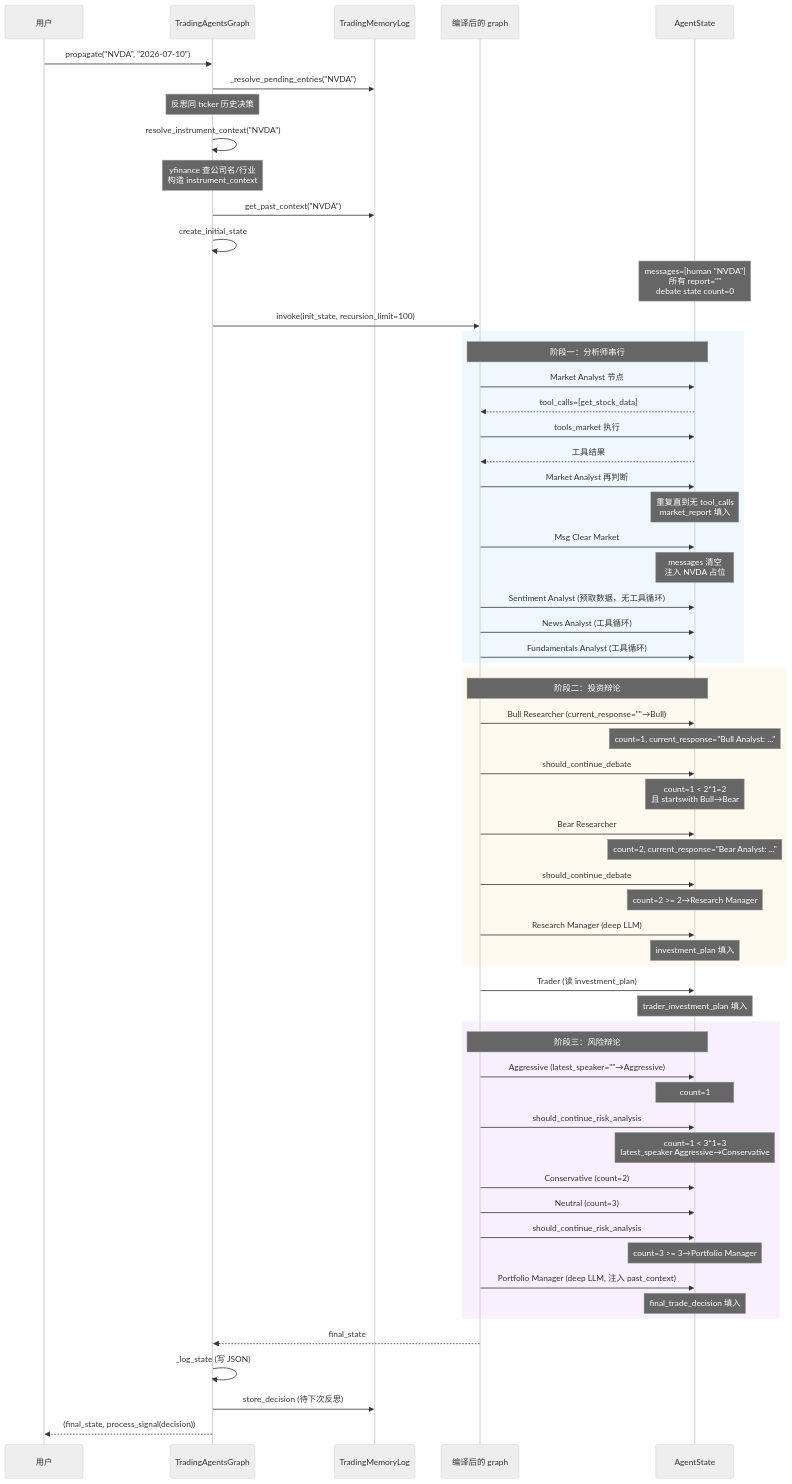
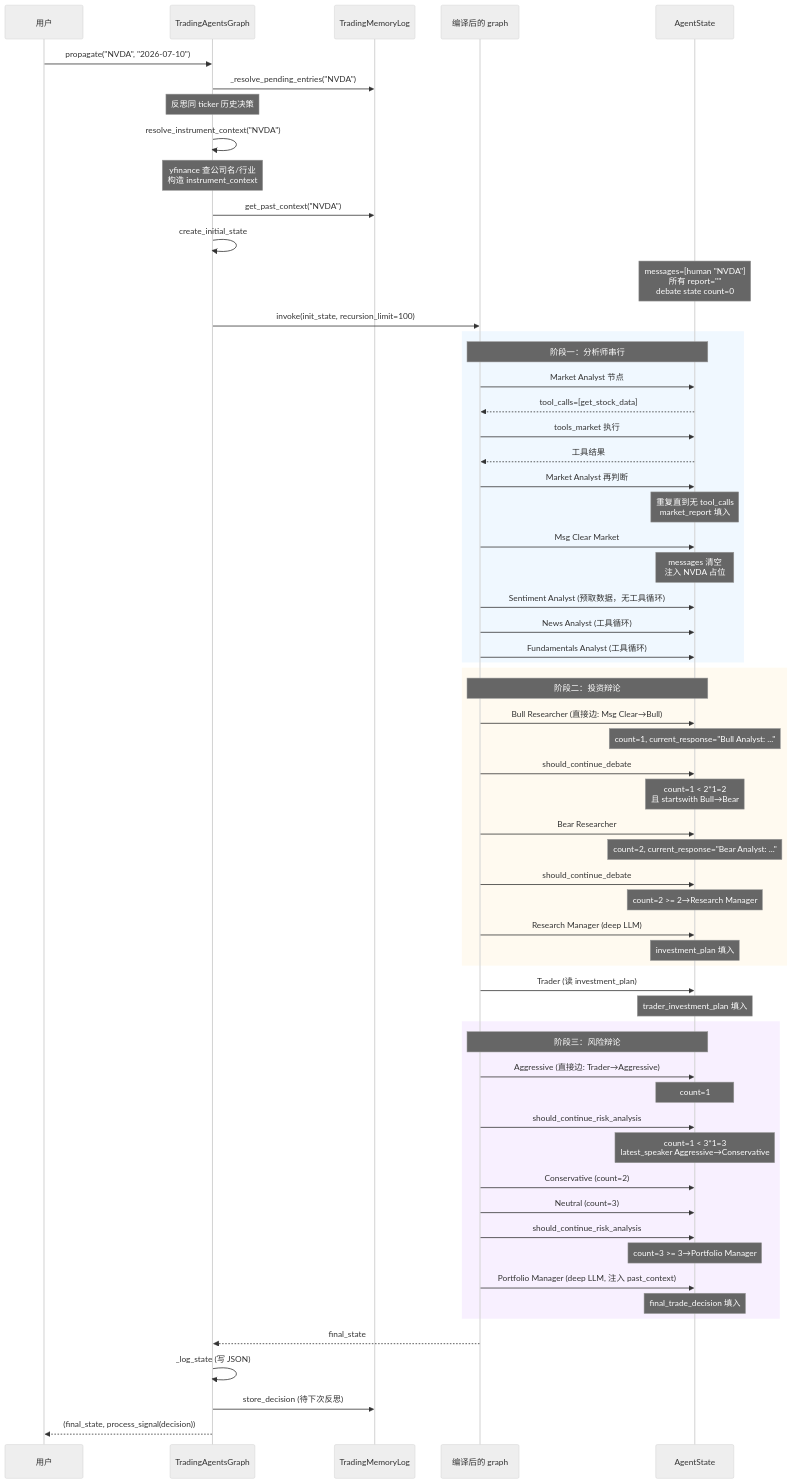
One commit to A1pha3/TradingAgents changed the second of 2 diagrams in docs/cn/04-graph-and-agents/graph-orchestration.md. Above: the diagram before and after it, drawn with Mermaid (neutral theme). The commit also changed other lines of this file and 18 other files, not shown here.

````diff
--- a/docs/cn/04-graph-and-agents/graph-orchestration.md
+++ b/docs/cn/04-graph-and-agents/graph-orchestration.md
@@ -336,69 +336,69 @@
 ```mermaid
 sequenceDiagram
     participant U as 用户
     participant TG as TradingAgentsGraph
     participant Mem as TradingMemoryLog
     participant G as 编译后的 graph
     participant S as AgentState
 
     U->>TG: propagate("NVDA", "2026-07-10")
     TG->>Mem: _resolve_pending_entries("NVDA")
     Note over TG: 反思同 ticker 历史决策
     TG->>TG: resolve_instrument_context("NVDA")
     Note over TG: yfinance 查公司名/行业<br/>构造 instrument_context
     TG->>Mem: get_past_context("NVDA")
     TG->>TG: create_initial_state
     Note over S: messages=[human "NVDA"]<br/>所有 report=""<br/>debate state count=0
     TG->>G: invoke(init_state, recursion_limit=100)
 
     rect rgb(240, 248, 255)
         Note over G,S: 阶段一：分析师串行
         G->>S: Market Analyst 节点
         S-->>G: tool_calls=[get_stock_data]
         G->>S: tools_market 执行
         S-->>G: 工具结果
         G->>S: Market Analyst 再判断
         Note over S: 重复直到无 tool_calls<br/>market_report 填入
         G->>S: Msg Clear Market
         Note over S: messages 清空<br/>注入 NVDA 占位
         G->>S: Sentiment Analyst (预取数据，无工具循环)
         G->>S: News Analyst (工具循环)
         G->>S: Fundamentals Analyst (工具循环)
     end
 
     rect rgb(255, 250, 240)
         Note over G,S: 阶段二：投资辩论
-        G->>S: Bull Researcher (current_response=""→Bull)
+        G->>S: Bull Researcher (直接边: Msg Clear→Bull)
         Note over S: count=1, current_response="Bull Analyst: ..."
         G->>S: should_continue_debate
         Note over S: count=1 < 2*1=2<br/>且 startswith Bull→Bear
         G->>S: Bear Researcher
         Note over S: count=2, current_response="Bear Analyst: ..."
         G->>S: should_continue_debate
         Note over S: count=2 >= 2→Research Manager
         G->>S: Research Manager (deep LLM)
         Note over S: investment_plan 填入
     end
 
     G->>S: Trader (读 investment_plan)
     Note over S: trader_investment_plan 填入
 
     rect rgb(248, 240, 255)
         Note over G,S: 阶段三：风险辩论
-        G->>S: Aggressive (latest_speaker=""→Aggressive)
+        G->>S: Aggressive (直接边: Trader→Aggressive)
         Note over S: count=1
         G->>S: should_continue_risk_analysis
         Note over S: count=1 < 3*1=3<br/>latest_speaker Aggressive→Conservative
         G->>S: Conservative (count=2)
         G->>S: Neutral (count=3)
         G->>S: should_continue_risk_analysis
         Note over S: count=3 >= 3→Portfolio Manager
         G->>S: Portfolio Manager (deep LLM, 注入 past_context)
         Note over S: final_trade_decision 填入
     end
 
     G-->>TG: final_state
     TG->>TG: _log_state (写 JSON)
     TG->>Mem: store_decision (待下次反思)
     TG-->>U: (final_state, process_signal(decision))
 ```
````
